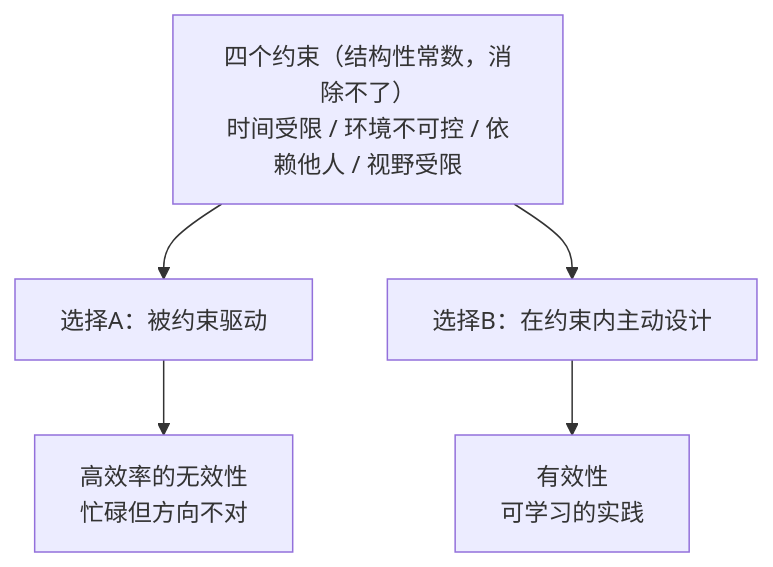
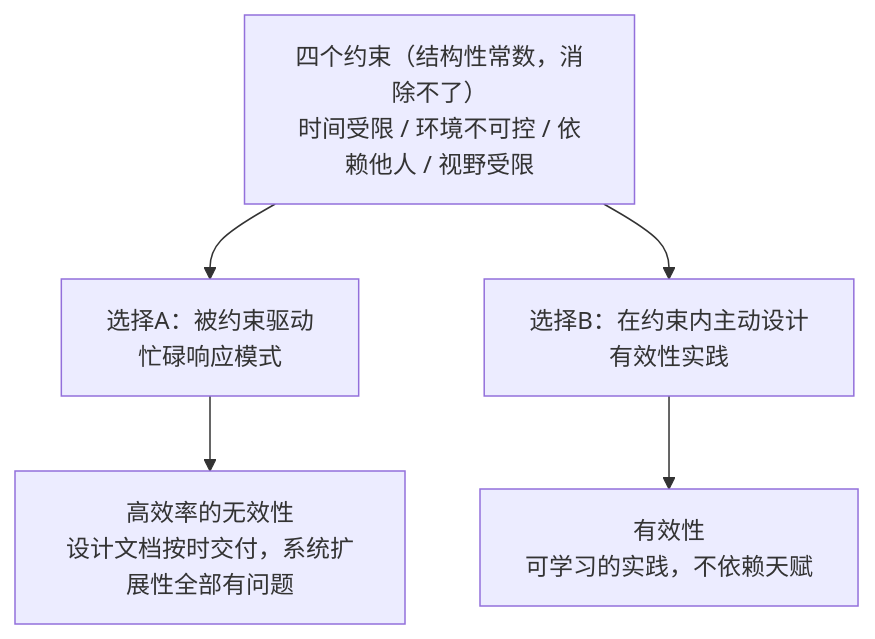
Before and after one commit to Kizero/book: the second of 2 diagrams in book26H1/shen260323/01_卓有成效是可以学到的.md, drawn with Mermaid. The commit also changed other lines of this file and 8 other files, not shown here.

First line of the commit message:
complete rewrite of all 9 shen260323 files: mermaid + 沈老师 persona

````diff
--- a/book26H1/shen260323/01_卓有成效是可以学到的.md
+++ b/book26H1/shen260323/01_卓有成效是可以学到的.md
@@ -83,13 +83,13 @@
 ```mermaid
 flowchart TD
     A["四个约束（结构性常数，消除不了）<br/>时间受限 / 环境不可控 / 依赖他人 / 视野受限"]
-    B["选择A：被约束驱动"]
-    C["选择B：在约束内主动设计"]
-    D["高效率的无效性<br/>忙碌但方向不对"]
-    E["有效性<br/>可学习的实践"]
+    B["选择A：被约束驱动<br/>忙碌响应模式"]
+    C["选择B：在约束内主动设计<br/>有效性实践"]
+    D["高效率的无效性<br/>设计文档按时交付，系统扩展性全部有问题"]
+    E["有效性<br/>可学习的实践，不依赖天赋"]
 
     A --> B
     A --> C
     B --> D
     C --> E
 ```
````
